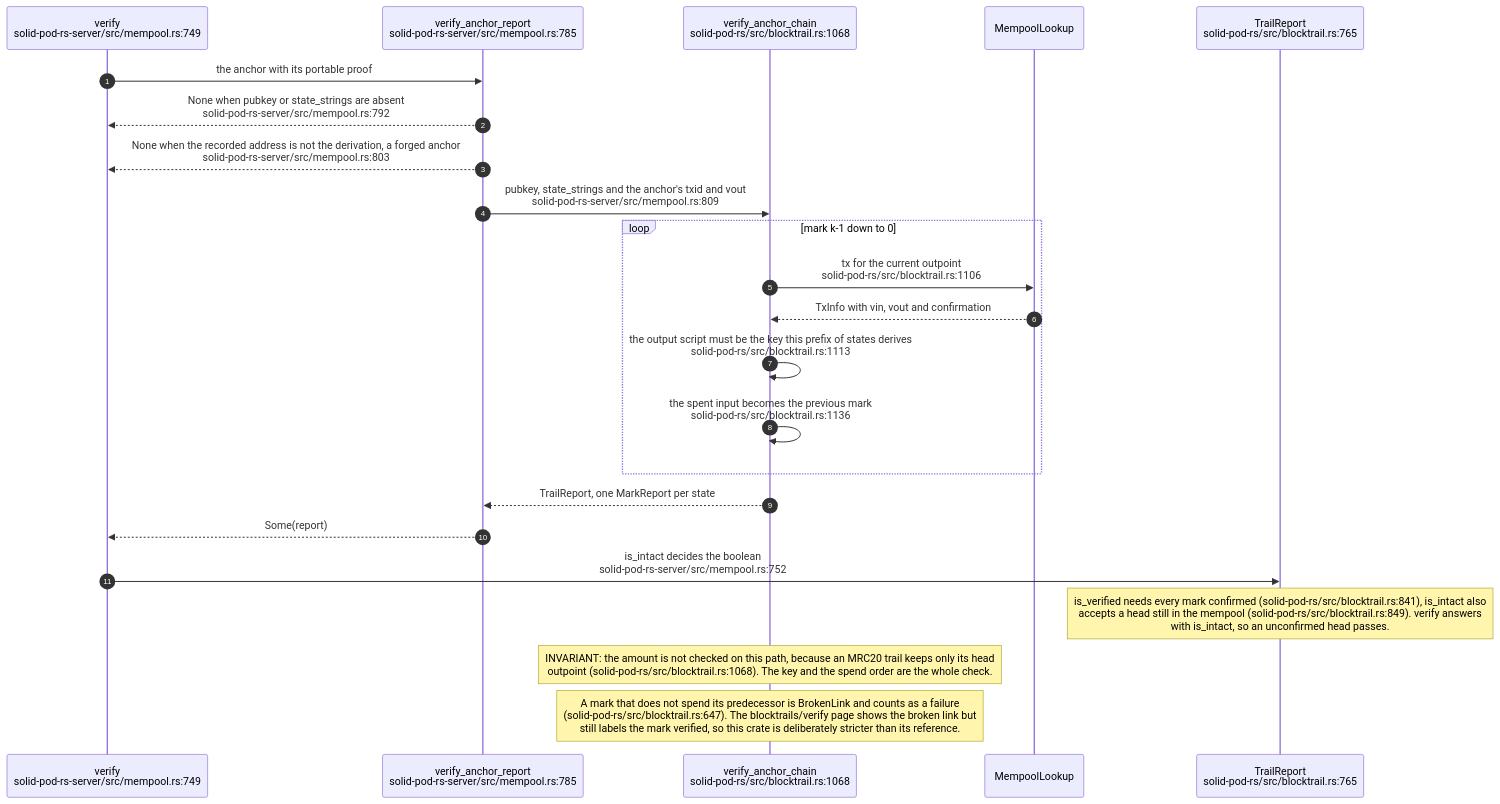
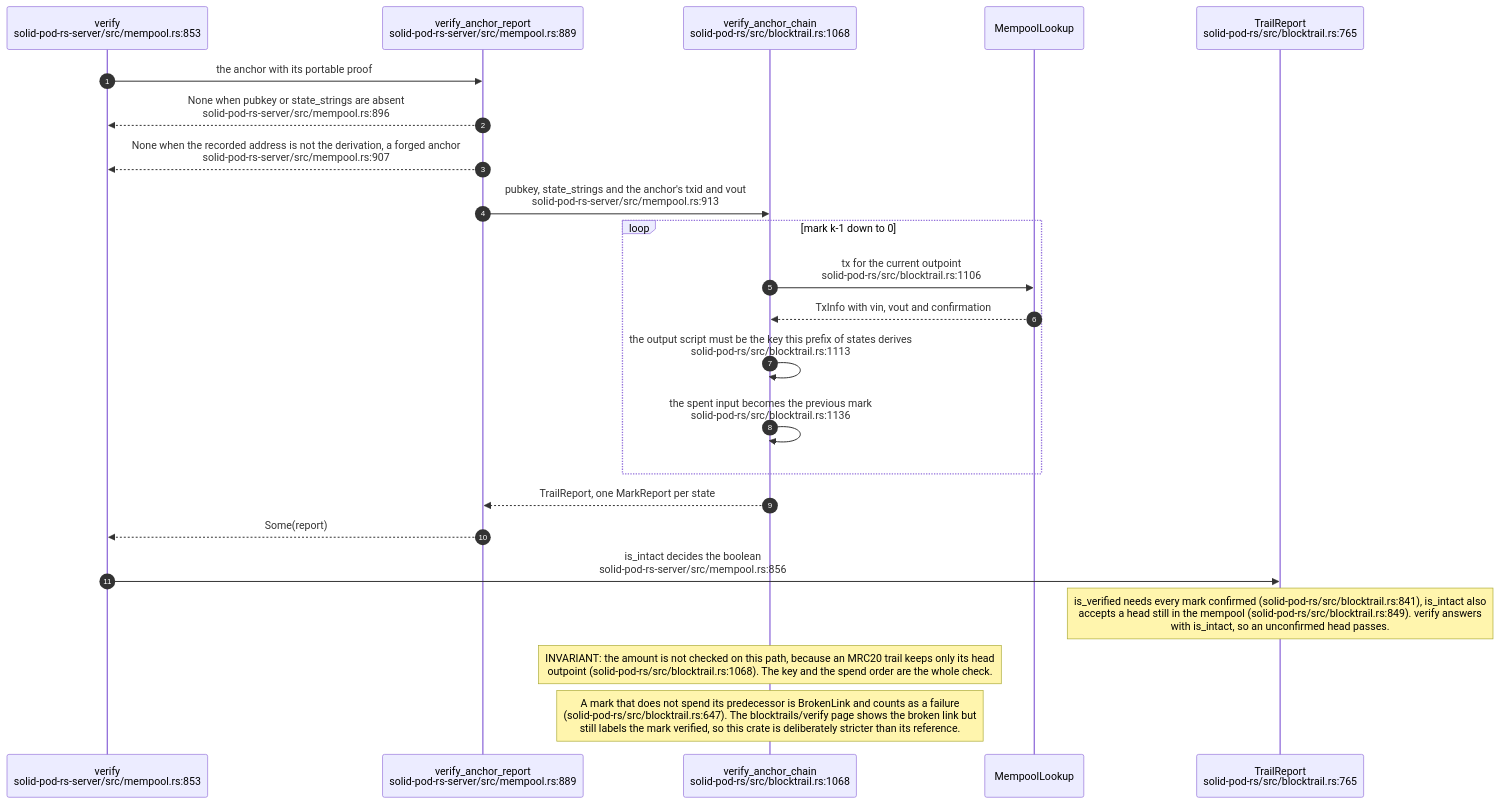
Before and after one commit to DreamLab-AI/VisionFlow: diagram 18 of 19 in docs/diagrams/solid-pod-rs/07-provenance-and-payments.md, drawn with Mermaid. The commit also changed other lines of this file and 160 other files, not shown here.

````diff
--- a/docs/diagrams/solid-pod-rs/07-provenance-and-payments.md
+++ b/docs/diagrams/solid-pod-rs/07-provenance-and-payments.md
@@ -561,26 +573,26 @@
 ```mermaid
 sequenceDiagram
     autonumber
-    participant V as verify<br/>solid-pod-rs-server/src/mempool.rs:749
-    participant R as verify_anchor_report<br/>solid-pod-rs-server/src/mempool.rs:785
+    participant V as verify<br/>solid-pod-rs-server/src/mempool.rs:853
+    participant R as verify_anchor_report<br/>solid-pod-rs-server/src/mempool.rs:889
     participant W as verify_anchor_chain<br/>solid-pod-rs/src/blocktrail.rs:1068
     participant M as MempoolLookup
     participant T as TrailReport<br/>solid-pod-rs/src/blocktrail.rs:765
 
     V->>R: the anchor with its portable proof
-    R-->>V: None when pubkey or state_strings are absent<br/>solid-pod-rs-server/src/mempool.rs:792
-    R-->>V: None when the recorded address is not the derivation, a forged anchor<br/>solid-pod-rs-server/src/mempool.rs:803
-    R->>W: pubkey, state_strings and the anchor's txid and vout<br/>solid-pod-rs-server/src/mempool.rs:809
+    R-->>V: None when pubkey or state_strings are absent<br/>solid-pod-rs-server/src/mempool.rs:896
+    R-->>V: None when the recorded address is not the derivation, a forged anchor<br/>solid-pod-rs-server/src/mempool.rs:907
+    R->>W: pubkey, state_strings and the anchor's txid and vout<br/>solid-pod-rs-server/src/mempool.rs:913
     loop mark k-1 down to 0
         W->>M: tx for the current outpoint<br/>solid-pod-rs/src/blocktrail.rs:1106
         M-->>W: TxInfo with vin, vout and confirmation
         W->>W: the output script must be the key this prefix of states derives<br/>solid-pod-rs/src/blocktrail.rs:1113
         W->>W: the spent input becomes the previous mark<br/>solid-pod-rs/src/blocktrail.rs:1136
     end
     W-->>R: TrailReport, one MarkReport per state
     R-->>V: Some(report)
-    V->>T: is_intact decides the boolean<br/>solid-pod-rs-server/src/mempool.rs:752
+    V->>T: is_intact decides the boolean<br/>solid-pod-rs-server/src/mempool.rs:856
     Note over T: is_verified needs every mark confirmed (solid-pod-rs/src/blocktrail.rs:841), is_intact also<br/>accepts a head still in the mempool (solid-pod-rs/src/blocktrail.rs:849). verify answers<br/>with is_intact, so an unconfirmed head passes.
     Note over W: INVARIANT: the amount is not checked on this path, because an MRC20 trail keeps only its head<br/>outpoint (solid-pod-rs/src/blocktrail.rs:1068). The key and the spend order are the whole check.
     Note over W: A mark that does not spend its predecessor is BrokenLink and counts as a failure<br/>(solid-pod-rs/src/blocktrail.rs:647). The blocktrails/verify page shows the broken link but<br/>still labels the mark verified, so this crate is deliberately stricter than its reference.
 ```
````
